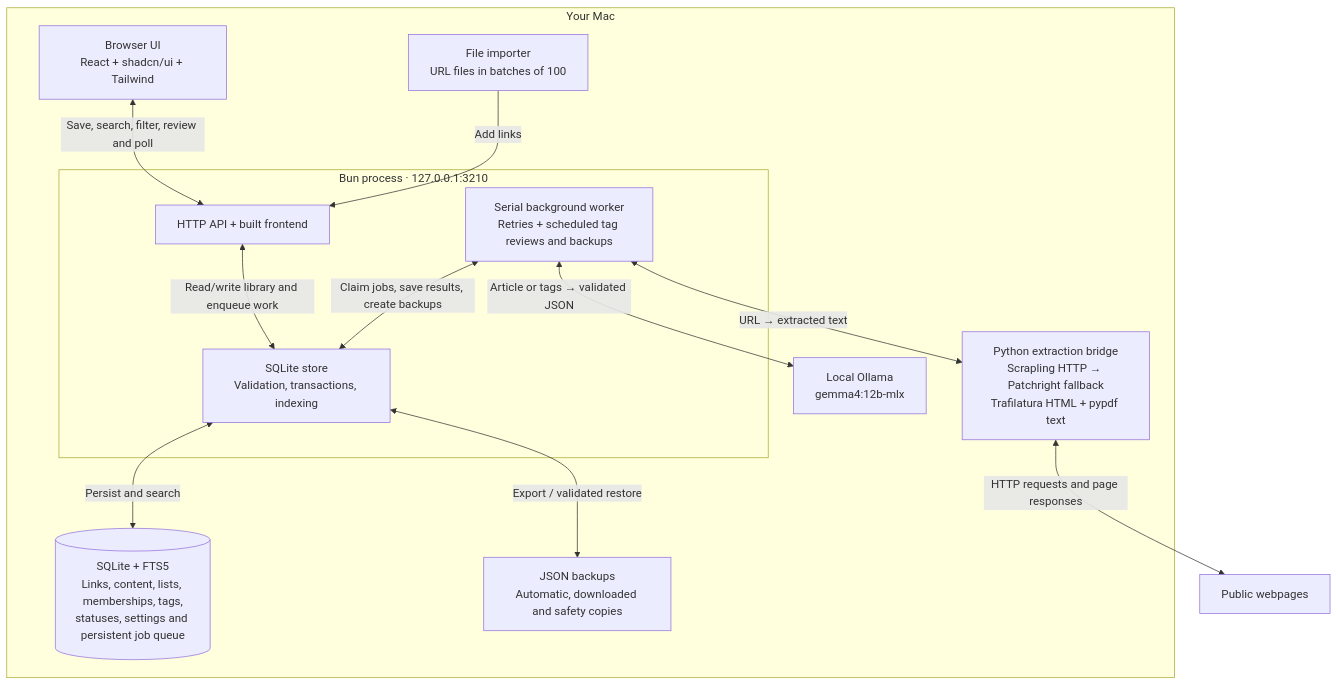
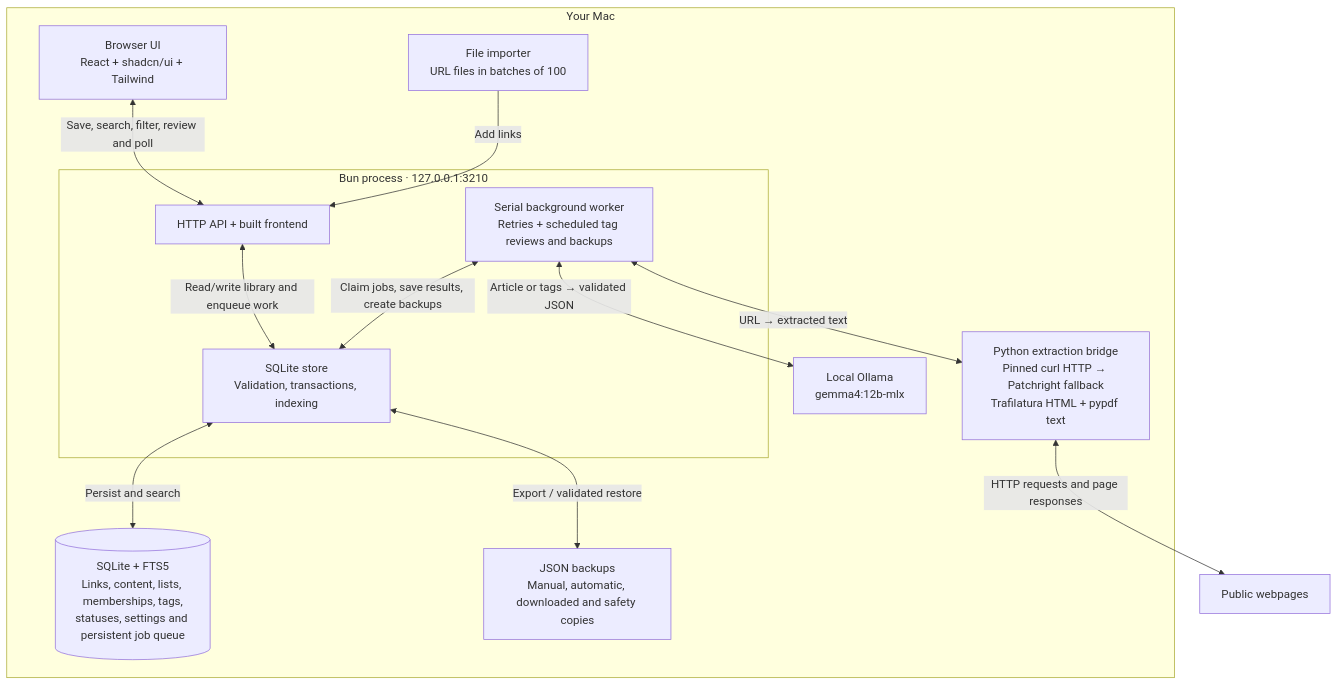
Before and after one commit to joshua-woolf/braindump: the diagram in README.md, drawn with Mermaid. The commit also changed other lines of this file and 37 other files, not shown here.

````diff
--- a/README.md
+++ b/README.md
@@ -9,30 +9,30 @@
 ```mermaid
 flowchart TB
   subgraph Local["Your Mac"]
     UI["Browser UI<br/>React + shadcn/ui + Tailwind"]
     Import["File importer<br/>URL files in batches of 100"]
 
     subgraph App["Bun process · 127.0.0.1:3210"]
       API["HTTP API + built frontend"]
       Store["SQLite store<br/>Validation, transactions, indexing"]
       Worker["Serial background worker<br/>Retries + scheduled tag reviews and backups"]
     end
 
     DB[("SQLite + FTS5<br/>Links, content, lists, memberships, tags,<br/>statuses, settings and persistent job queue")]
-    Scraper["Python extraction bridge<br/>Scrapling HTTP → Patchright fallback<br/>Trafilatura HTML + pypdf text"]
+    Scraper["Python extraction bridge<br/>Pinned curl HTTP → Patchright fallback<br/>Trafilatura HTML + pypdf text"]
     Ollama["Local Ollama<br/>gemma4:12b-mlx"]
-    Backups["JSON backups<br/>Automatic, downloaded and safety copies"]
+    Backups["JSON backups<br/>Manual, automatic, downloaded and safety copies"]
 
     UI <-->|"Save, search, filter, review and poll"| API
     Import -->|"Add links"| API
     API <-->|"Read/write library and enqueue work"| Store
     Store <-->|"Persist and search"| DB
     Worker <-->|"Claim jobs, save results, create backups"| Store
     Worker <-->|"URL → extracted text"| Scraper
     Worker <-->|"Article or tags → validated JSON"| Ollama
     Store <-->|"Export / validated restore"| Backups
   end
 
   Web["Public webpages"]
   Scraper <-->|"HTTP requests and page responses"| Web
 ```
````
